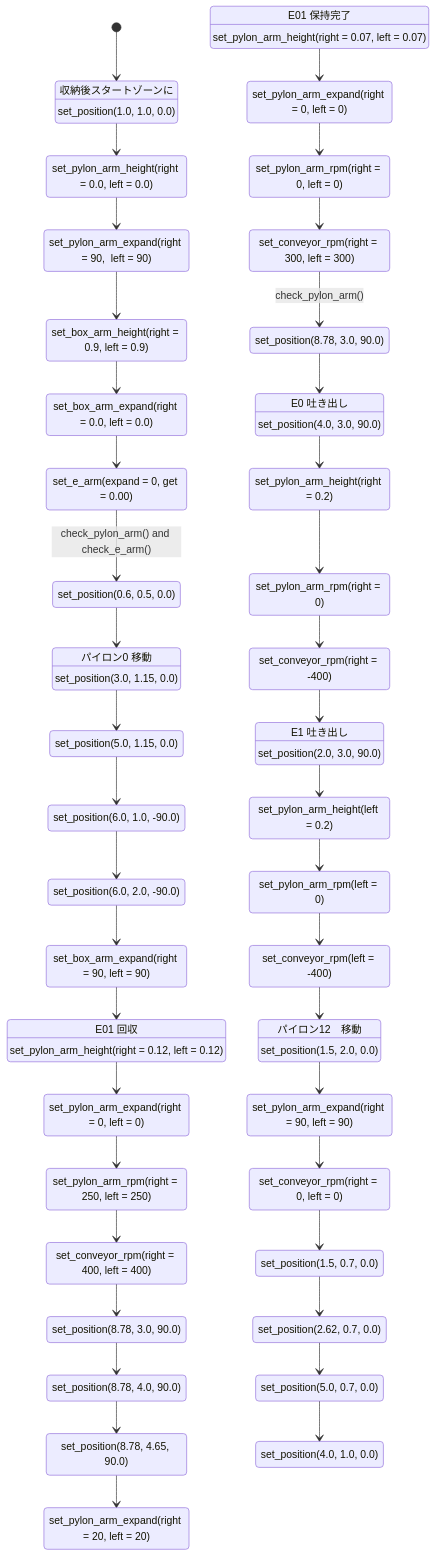
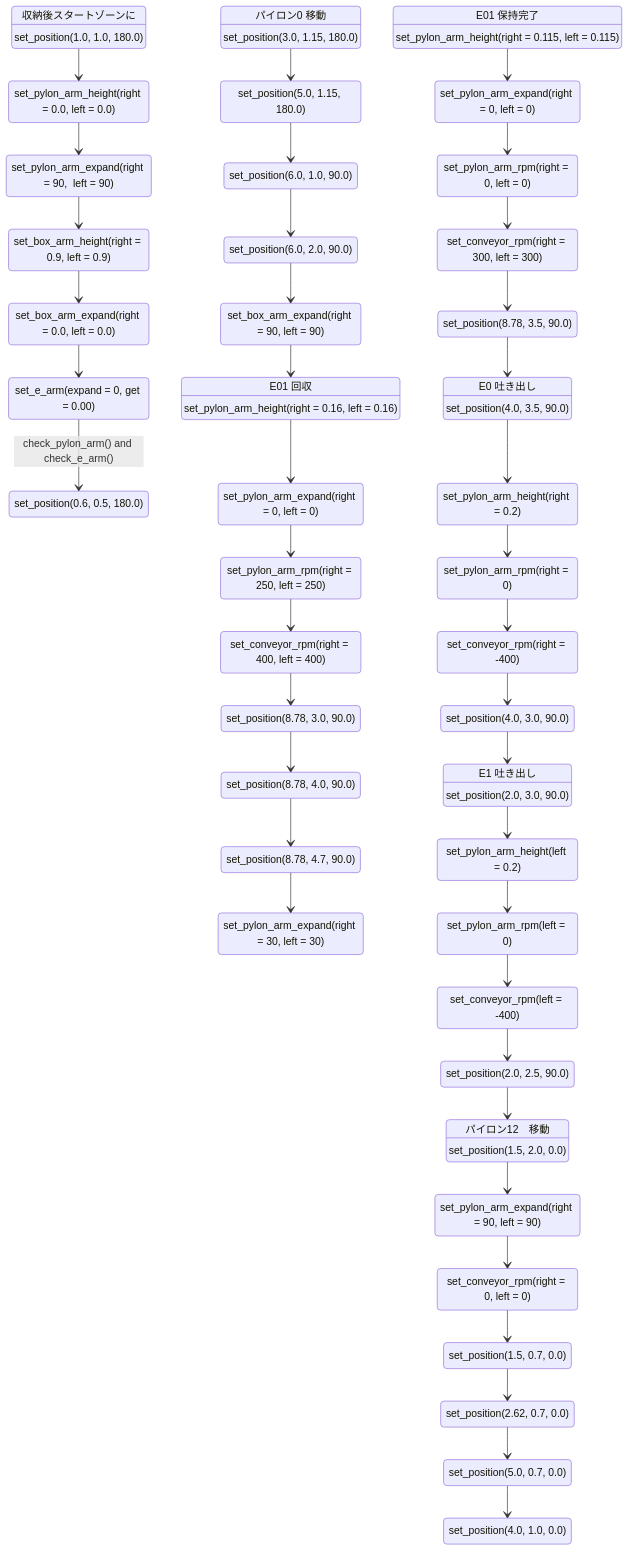
One commit to NITIC-Robot-Club/nhk2025b_ros2 changed the diagram in src/launch/nhk2025b_launch/state_graph/real.md. Above: the diagram before and after it, drawn with Mermaid. The commit also changed 3 other files, not shown here.

```diff
--- a/src/launch/nhk2025b_launch/state_graph/real.md
+++ b/src/launch/nhk2025b_launch/state_graph/real.md
@@ -2,15 +2,15 @@
 stateDiagram-v2
 
     start_position_0     : 収納後スタートゾーンに
-    start_position_0     : set_position(1.0, 1.0, 0.0)
+    start_position_0     : set_position(1.0, 1.0, 180.0)
     start_pylon_height   : set_pylon_arm_height(right = 0.0, left = 0.0)
     start_pylon_expand   : set_pylon_arm_expand(right = 90,  left = 90)
     start_box_arm_height : set_box_arm_height(right = 0.9, left = 0.9)
     start_box_arm_expand : set_box_arm_expand(right = 0.0, left = 0.0)
     start_e_arm          : set_e_arm(expand = 0, get = 0.00)
-    start_position_1     : set_position(0.6, 0.5, 0.0)
+    start_position_1     : set_position(0.6, 0.5, 180.0)
 
-    [*] --> start_position_0
+#    [*]                  --> start_position_0
     start_position_0     --> start_pylon_height
     start_pylon_height   --> start_pylon_expand
     start_pylon_expand   --> start_box_arm_height
@@ -20,28 +20,28 @@
 
 
     pylon_0_position_get   : パイロン0 移動
-    pylon_0_position_get   : set_position(3.0, 1.15, 0.0)
-    pylon_0_position_drop  : set_position(5.0, 1.15, 0.0)
-    pylon_0_position_out_0 : set_position(6.0, 1.0, -90.0)
-    pylon_0_position_out_1 : set_position(6.0, 2.0, -90.0)
+    pylon_0_position_get   : set_position(3.0, 1.15, 180.0)
+    pylon_0_position_drop  : set_position(5.0, 1.15, 180.0)
+    pylon_0_position_out_0 : set_position(6.0, 1.0, 90.0)
+    pylon_0_position_out_1 : set_position(6.0, 2.0, 90.0)
     pylon_0_box_arm_expand : set_box_arm_expand(right = 90, left = 90)
 
-    start_position_1       --> pylon_0_position_get
+#    start_position_1       --> pylon_0_position_get
     pylon_0_position_get   --> pylon_0_position_drop
     pylon_0_position_drop  --> pylon_0_position_out_0
     pylon_0_position_out_0 --> pylon_0_position_out_1
-    pylon_0_position_out_1 -->pylon_0_box_arm_expand
+    pylon_0_position_out_1 --> pylon_0_box_arm_expand
     
 
     e_01_pylon_height_init : E01 回収
-    e_01_pylon_height_init : set_pylon_arm_height(right = 0.12, left = 0.12)
+    e_01_pylon_height_init : set_pylon_arm_height(right = 0.16, left = 0.16)
     e_01_pylon_expand_init : set_pylon_arm_expand(right = 0, left = 0)
     e_01_pylon_rpm_init    : set_pylon_arm_rpm(right = 250, left = 250)
     e_01_conveyor_init     : set_conveyor_rpm(right = 400, left = 400)
     e_01_position_init_0   : set_position(8.78, 3.0, 90.0)
     e_01_position_init_1   : set_position(8.78, 4.0, 90.0)
-    e_01_position_get      : set_position(8.78, 4.65, 90.0)
-    e_01_pylon_expand_get  : set_pylon_arm_expand(right = 20, left = 20)
+    e_01_position_get      : set_position(8.78, 4.7, 90.0)
+    e_01_pylon_expand_get  : set_pylon_arm_expand(right = 30, left = 30)
 
     pylon_0_box_arm_expand --> e_01_pylon_height_init
     e_01_pylon_height_init --> e_01_pylon_expand_init
@@ -54,40 +54,44 @@
 
 
     e_01_pylon_height_hold : E01 保持完了
-    e_01_pylon_height_hold : set_pylon_arm_height(right = 0.07, left = 0.07)
+    e_01_pylon_height_hold : set_pylon_arm_height(right = 0.115, left = 0.115)
     e_01_pylon_expand_hold : set_pylon_arm_expand(right = 0, left = 0)
     e_01_pylon_rpm_hold    : set_pylon_arm_rpm(right = 0, left = 0)
     e_01_conveyor_hold     : set_conveyor_rpm(right = 300, left = 300)
-    e_01_position_hold     : set_position(8.78, 3.0, 90.0)
+    e_01_position_hold     : set_position(8.78, 3.5, 90.0)
 
-#   e_01_pylon_expand_get  --> e_01_pylon_height_hold : check_pylon_arm()
+#    e_01_pylon_expand_get  --> e_01_pylon_height_hold : check_pylon_arm()
     e_01_pylon_height_hold --> e_01_pylon_expand_hold
     e_01_pylon_expand_hold --> e_01_pylon_rpm_hold
     e_01_pylon_rpm_hold    --> e_01_conveyor_hold
-    e_01_conveyor_hold     --> e_01_position_hold : check_pylon_arm()
+    e_01_conveyor_hold     --> e_01_position_hold
     
 
     e_0_position_drop     : E0 吐き出し
-    e_0_position_drop     : set_position(4.0, 3.0, 90.0)
+    e_0_position_drop     : set_position(4.0, 3.5, 90.0)
     e_0_pylon_height_drop : set_pylon_arm_height(right = 0.2)
     e_0_pylon_rpm_drop    : set_pylon_arm_rpm(right = 0)
     e_0_conveyor_drop     : set_conveyor_rpm(right = -400)
+    e_0_position_drop_out : set_position(4.0, 3.0, 90.0)
     
-    e_01_position_hold     --> e_0_position_drop
+    e_01_position_hold    --> e_0_position_drop
     e_0_position_drop     --> e_0_pylon_height_drop
     e_0_pylon_height_drop --> e_0_pylon_rpm_drop
     e_0_pylon_rpm_drop    --> e_0_conveyor_drop
+    e_0_conveyor_drop     --> e_0_position_drop_out
     
     e_1_position_drop     : E1 吐き出し
     e_1_position_drop     : set_position(2.0, 3.0, 90.0)
     e_1_pylon_height_drop : set_pylon_arm_height(left = 0.2)
     e_1_pylon_rpm_drop    : set_pylon_arm_rpm(left = 0)
     e_1_conveyor_drop     : set_conveyor_rpm(left = -400)
+    e_1_position_drop_out : set_position(2.0, 2.5, 90.0)
     
-    e_0_conveyor_drop     --> e_1_position_drop
+    e_0_position_drop_out --> e_1_position_drop
     e_1_position_drop     --> e_1_pylon_height_drop
     e_1_pylon_height_drop --> e_1_pylon_rpm_drop
     e_1_pylon_rpm_drop    --> e_1_conveyor_drop
+    e_1_conveyor_drop     --> e_1_position_drop_out
 
 
     pylon_12_position_setup_0 : パイロン12　移動
@@ -96,7 +100,7 @@
     pylon_12_conveyor_stop    : set_conveyor_rpm(right = 0, left = 0)
     pylon_12_position_setup_1 : set_position(1.5, 0.7, 0.0)
 
-    e_1_conveyor_drop        --> pylon_12_position_setup_0
+    e_1_position_drop_out     --> pylon_12_position_setup_0
     pylon_12_position_setup_0 --> pylon_12_pylon_expand
     pylon_12_pylon_expand     --> pylon_12_conveyor_stop
     pylon_12_conveyor_stop    --> pylon_12_position_setup_1
```
